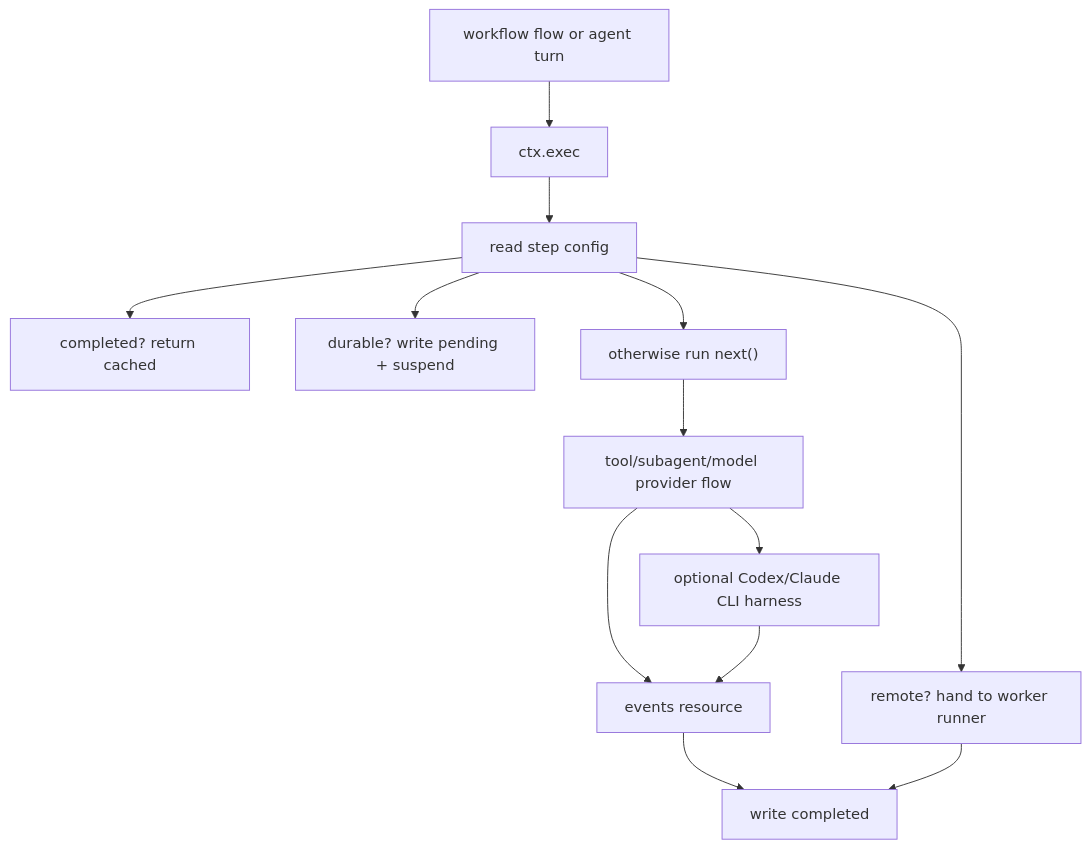
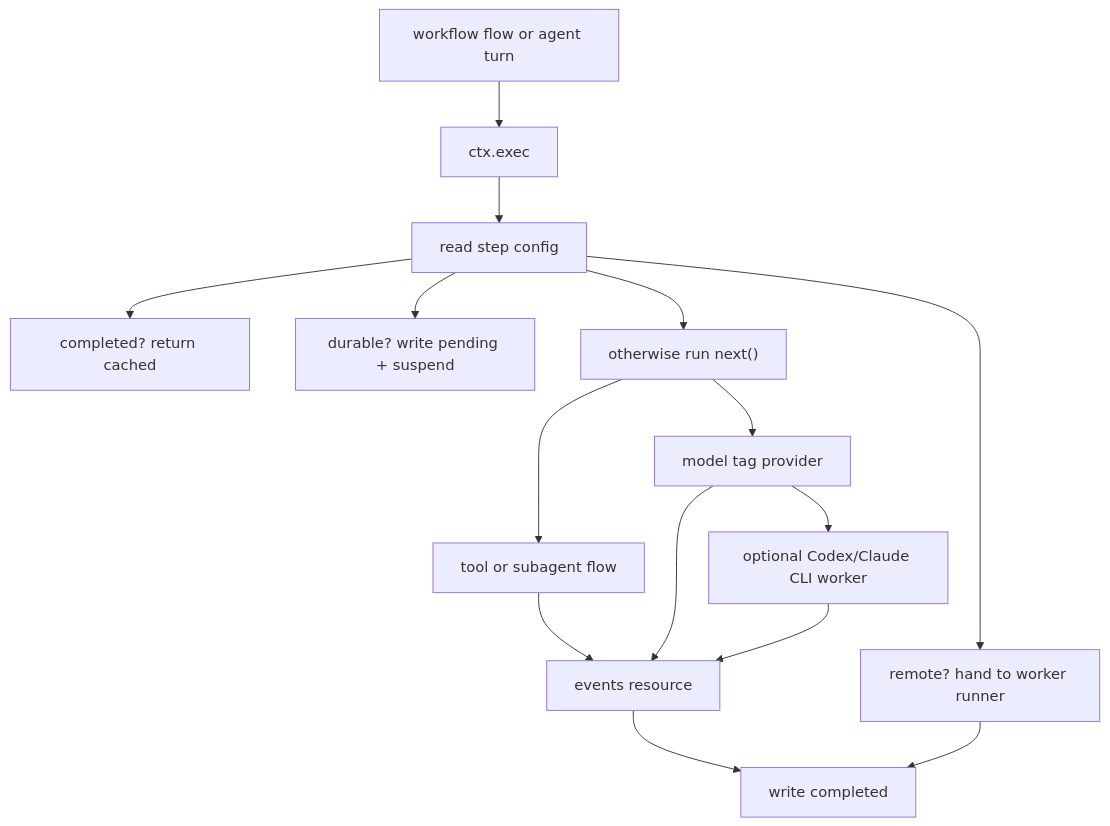
One commit to pumped-fn/pumped-fn changed the diagram in packages/agent-sdk/README.md. Above: the diagram before and after it, drawn with Mermaid. The commit also changed other lines of this file and 4 other files, not shown here.

````diff
--- a/packages/agent-sdk/README.md
+++ b/packages/agent-sdk/README.md
@@ -20,15 +20,17 @@
 ```mermaid
 flowchart TD
   Root["workflow flow or agent turn"] --> Exec["ctx.exec"]
   Exec --> Config["read step config"]
   Config --> Replay["completed? return cached"]
   Config --> Durable["durable? write pending + suspend"]
   Config --> Remote["remote? hand to worker runner"]
   Config --> Local["otherwise run next()"]
-  Local --> Tool["tool/subagent/model provider flow"]
-  Tool --> CLI["optional Codex/Claude CLI harness"]
+  Local --> Tool["tool or subagent flow"]
+  Local --> Model["model tag provider"]
+  Model --> CLI["optional Codex/Claude CLI worker"]
   Tool --> Events["events resource"]
+  Model --> Events
   CLI --> Events
   Events --> Log["write completed"]
   Remote --> Log
 ```
````
